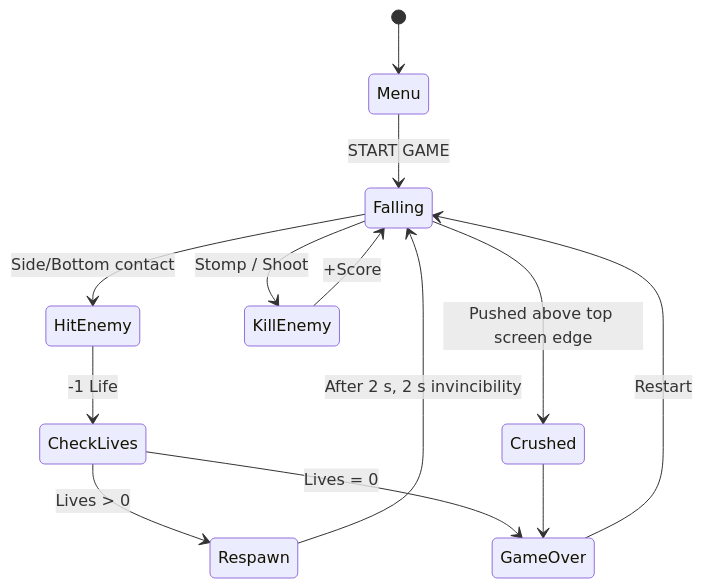
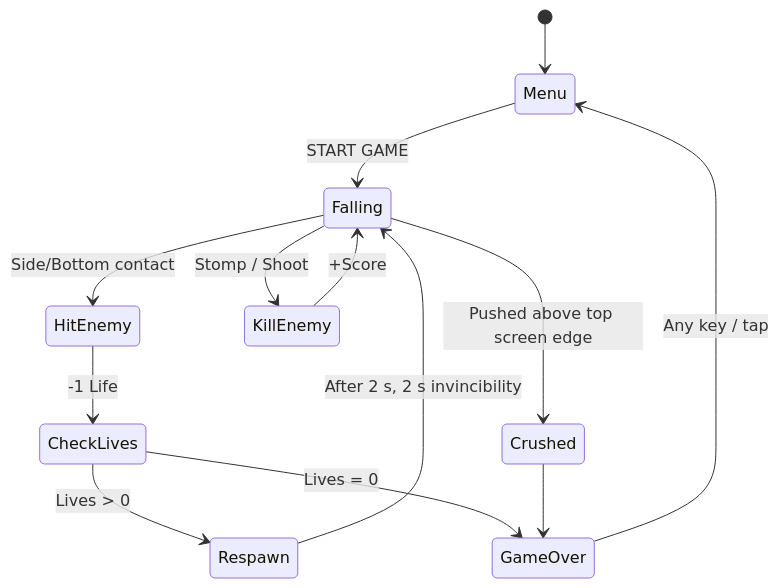
The first of 2 diagrams in GDD.md (shakedhalvitz/Downwell), drawn with Mermaid before and after one commit. The commit also changed other lines of this file and 23 other files, not shown here.

````diff
--- a/GDD.md
+++ b/GDD.md
@@ -37,15 +37,15 @@
 ```mermaid
 stateDiagram-v2
     [*] --> Menu
     Menu --> Falling: START GAME
     Falling --> HitEnemy: Side/Bottom contact
     HitEnemy --> CheckLives: -1 Life
     CheckLives --> Respawn: Lives > 0
     Respawn --> Falling: After 2 s, 2 s invincibility
     CheckLives --> GameOver: Lives = 0
     Falling --> KillEnemy: Stomp / Shoot
     KillEnemy --> Falling: +Score
     Falling --> Crushed: Pushed above top screen edge
     Crushed --> GameOver
-    GameOver --> Falling: Restart
+    GameOver --> Menu: Any key / tap
 ```
````
